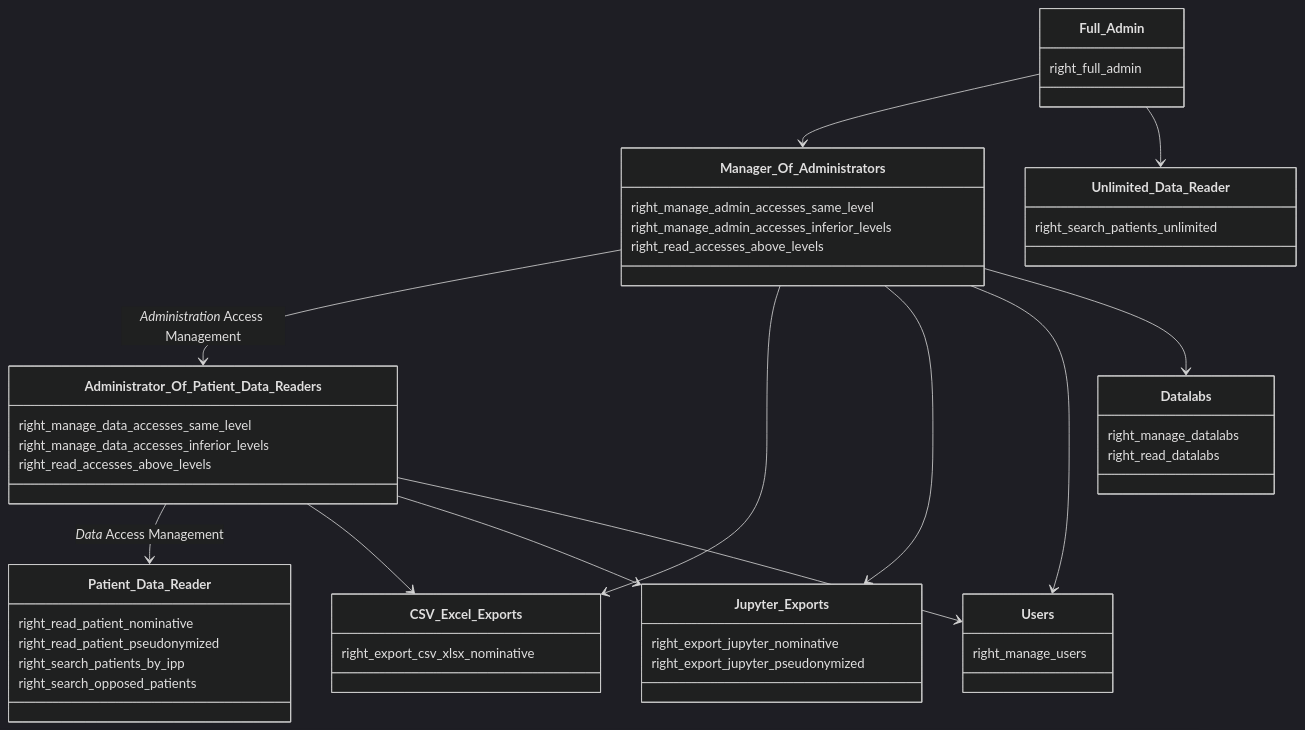
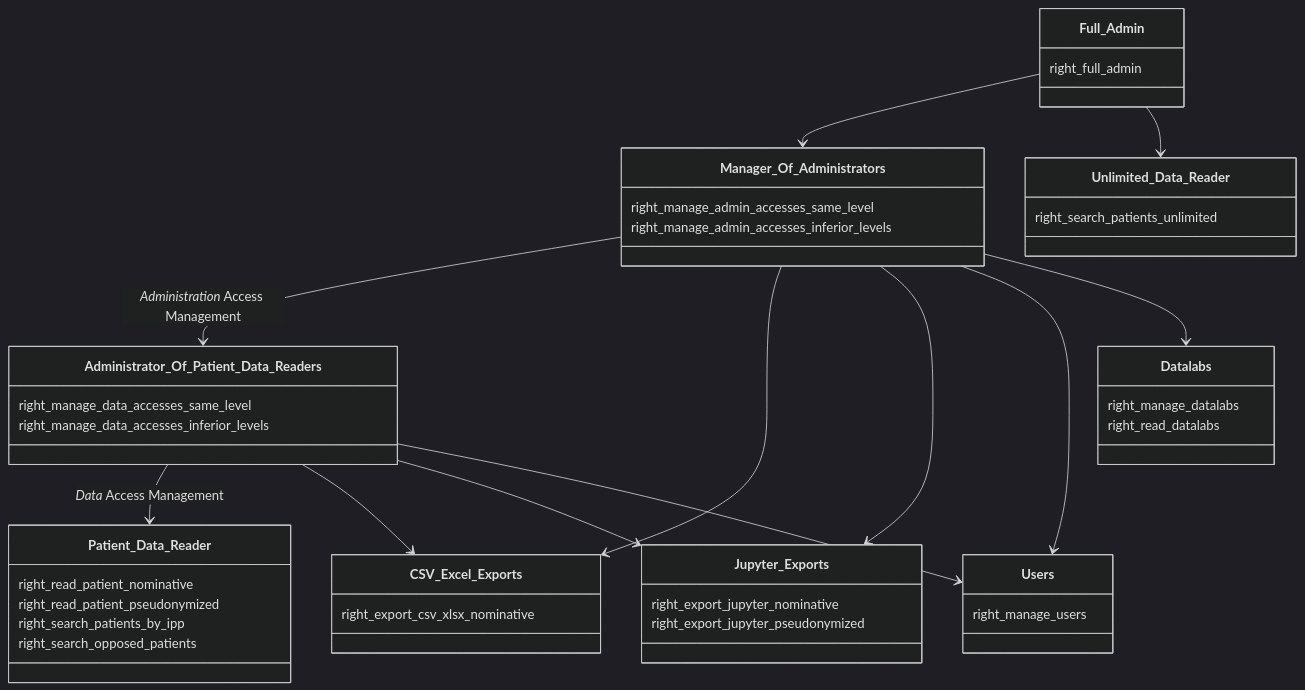
Before and after one commit to aphp/Cohort360-Back-end: the diagram in .docs/rights_schema.md, drawn with Mermaid (dark theme). The commit also changed other lines of this file and 6 other files, not shown here.

Commit message:
refactor(accesses): remove right to read upper accesses

````diff
--- a/.docs/rights_schema.md
+++ b/.docs/rights_schema.md
@@ -1,51 +1,49 @@
 ```mermaid
 classDiagram
 class Full_Admin {
   right_full_admin
 }
 class Unlimited_Data_Reader {
   right_search_patients_unlimited
 }
 class Manager_Of_Administrators {
   right_manage_admin_accesses_same_level
   right_manage_admin_accesses_inferior_levels
-  right_read_accesses_above_levels
 }
 class Administrator_Of_Patient_Data_Readers {
   right_manage_data_accesses_same_level
   right_manage_data_accesses_inferior_levels
-  right_read_accesses_above_levels
 }
 class Patient_Data_Reader {
   right_read_patient_nominative
   right_read_patient_pseudonymized
   right_search_patients_by_ipp
   right_search_opposed_patients
 }
 class CSV_Excel_Exports {
   right_export_csv_xlsx_nominative
 }
 class Jupyter_Exports {
   right_export_jupyter_nominative
   right_export_jupyter_pseudonymized
 }
 class Users {
   right_manage_users
 }
 class Datalabs {
   right_manage_datalabs
   right_read_datalabs
 }
 
 Full_Admin --> Manager_Of_Administrators
 Full_Admin --> Unlimited_Data_Reader
 Manager_Of_Administrators --> Administrator_Of_Patient_Data_Readers : *Administration* Access Management 
 Administrator_Of_Patient_Data_Readers --> Patient_Data_Reader : *Data* Access Management
 Manager_Of_Administrators --> CSV_Excel_Exports
 Manager_Of_Administrators --> Jupyter_Exports
 Manager_Of_Administrators --> Users
 Manager_Of_Administrators --> Datalabs
 Administrator_Of_Patient_Data_Readers --> CSV_Excel_Exports
 Administrator_Of_Patient_Data_Readers --> Jupyter_Exports
 Administrator_Of_Patient_Data_Readers --> Users
 ```
````
